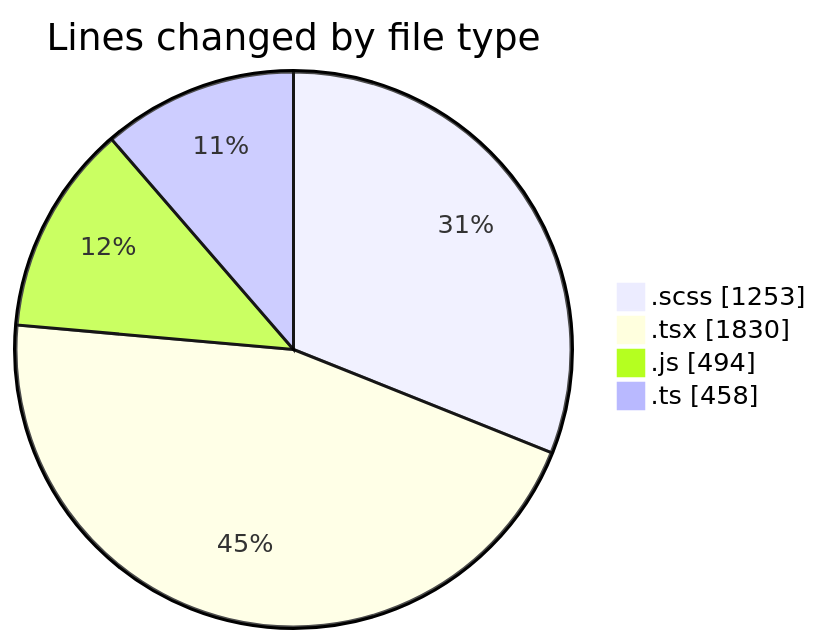
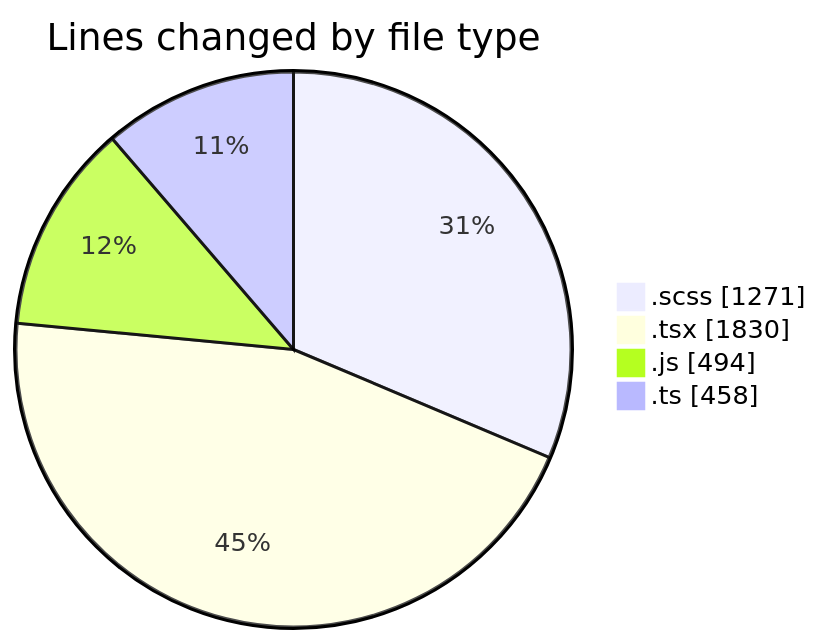
The first of 2 diagrams in 2025-03-14/cda/README.md (momahboobian/code-tracking), drawn with Mermaid before and after one commit. The commit also changed other lines of this file and 1 other file, not shown here.

````diff
--- a/2025-03-14/cda/README.md
+++ b/2025-03-14/cda/README.md
@@ -41,8 +41,8 @@
 ```mermaid
 pie showData
 title Lines changed by file type
-".scss" : 1253
+".scss" : 1271
 ".tsx" : 1830
 ".js" : 494
 ".ts" : 458
 ```
````
